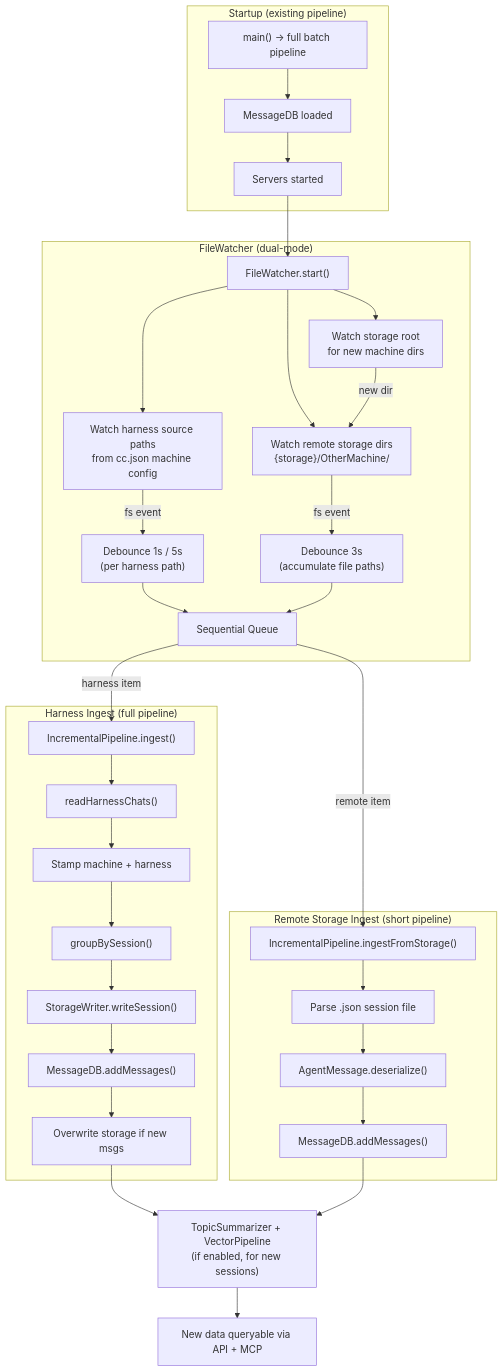
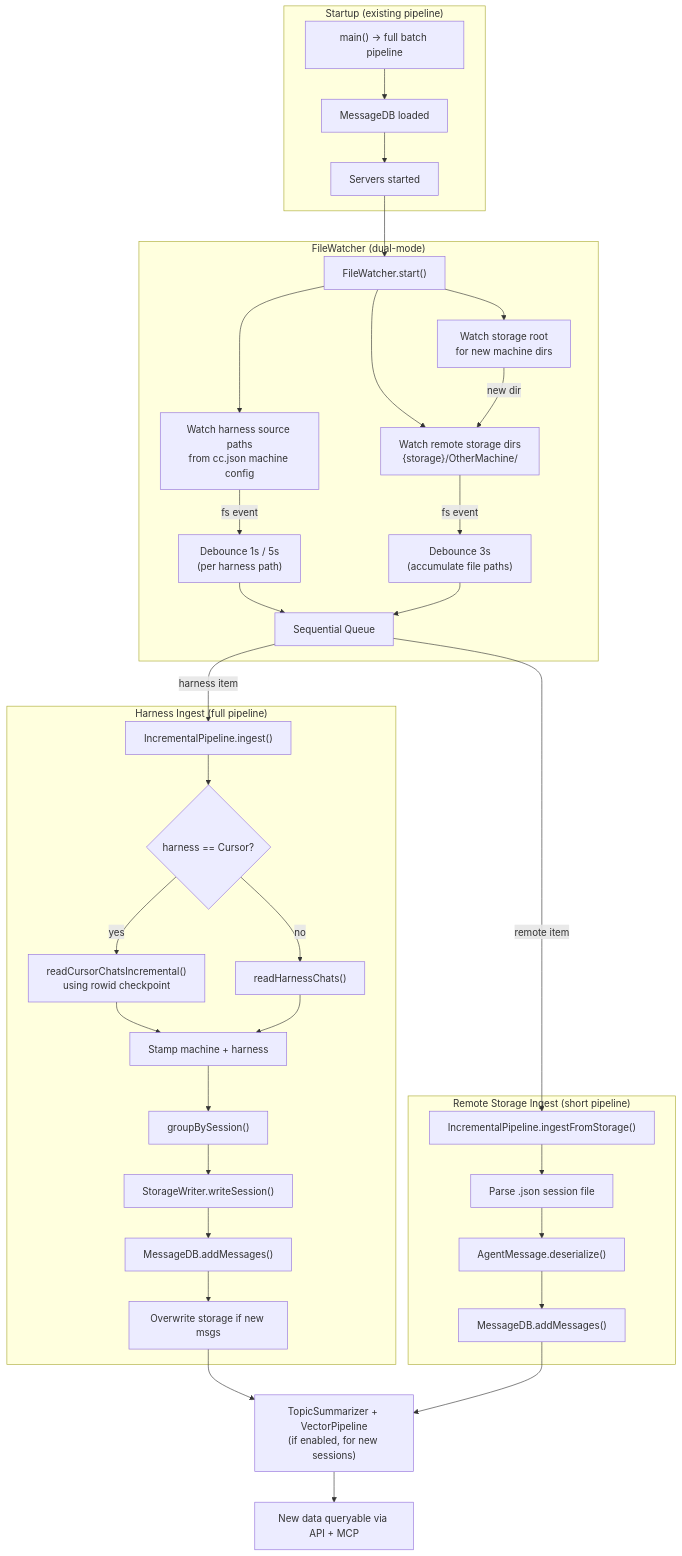
The first of 15 diagrams in server/zz-reach2/architecture/data/archi-file-watcher.md (Kyliathy/context-core), drawn with Mermaid before and after one commit. The commit also changed other lines of this file and 23 other files, not shown here.

````diff
--- a/server/zz-reach2/architecture/data/archi-file-watcher.md
+++ b/server/zz-reach2/architecture/data/archi-file-watcher.md
@@ -21,43 +22,46 @@
 ```mermaid
 flowchart TD
     subgraph Startup["Startup (existing pipeline)"]
         S1["main() → full batch pipeline"]
         S1 --> S2["MessageDB loaded"]
         S2 --> S3["Servers started"]
     end
 
     S3 --> FW["FileWatcher.start()"]
 
     subgraph FileWatcher["FileWatcher (dual-mode)"]
         FW --> H["Watch harness source paths<br/>from cc.json machine config"]
         FW --> R["Watch remote storage dirs<br/>{storage}/OtherMachine/"]
         FW --> ROOT["Watch storage root<br/>for new machine dirs"]
         H -->|"fs event"| HD["Debounce 1s / 5s<br/>(per harness path)"]
         R -->|"fs event"| RD["Debounce 3s<br/>(accumulate file paths)"]
         ROOT -->|"new dir"| R
         HD --> Q["Sequential Queue"]
         RD --> Q
     end
 
     Q -->|"harness item"| IP_H["IncrementalPipeline.ingest()"]
     Q -->|"remote item"| IP_R["IncrementalPipeline.ingestFromStorage()"]
 
     subgraph IngestHarness["Harness Ingest (full pipeline)"]
-        IP_H --> H1["readHarnessChats()"]
-        H1 --> H2["Stamp machine + harness"]
+        IP_H --> H0{"harness == Cursor?"}
+        H0 -->|"yes"| H1A["readCursorChatsIncremental()<br/>using rowid checkpoint"]
+        H0 -->|"no"| H1B["readHarnessChats()"]
+        H1A --> H2["Stamp machine + harness"]
+        H1B --> H2
         H2 --> H3["groupBySession()"]
         H3 --> H4["StorageWriter.writeSession()"]
         H4 --> H5["MessageDB.addMessages()"]
         H5 --> H6["Overwrite storage if new msgs"]
     end
 
     subgraph IngestRemote["Remote Storage Ingest (short pipeline)"]
         IP_R --> R1["Parse .json session file"]
         R1 --> R2["AgentMessage.deserialize()"]
         R2 --> R3["MessageDB.addMessages()"]
     end
 
     H6 --> AI["TopicSummarizer + VectorPipeline<br/>(if enabled, for new sessions)"]
     R3 --> AI
     AI --> DONE["New data queryable via API + MCP"]
 ```
````
